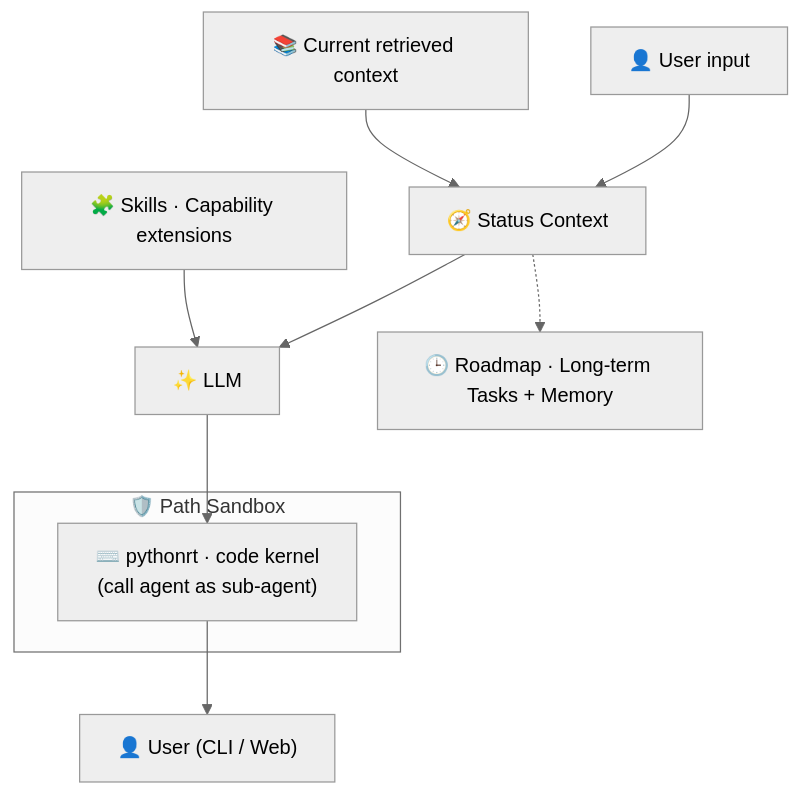
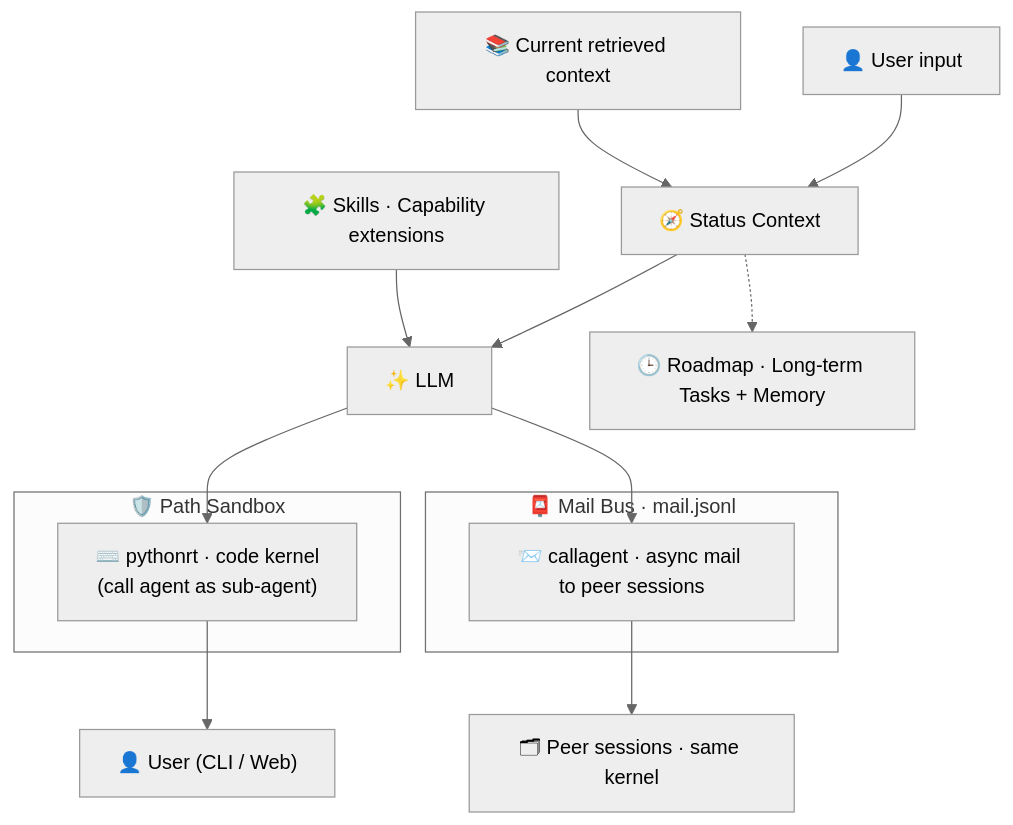
One commit to xtudbxk/XKAgent changed the first of 2 diagrams in README.md. Above: the diagram before and after it, drawn with Mermaid (neutral theme). The commit also changed other lines of this file and 28 other files, not shown here.

````diff
--- a/README.md
+++ b/README.md
@@ -72,13 +77,18 @@
 ```mermaid
 flowchart TB
     Input["👤 User input"] --> Status["🧭 Status Context"]
     RAG["📚 Current retrieved context"] --> Status
     Status --> LLM["✨ LLM"]
     Skills["🧩 Skills · Capability extensions"] --> LLM
     subgraph Sandbox["🛡️ Path Sandbox"]
         Pythonrt["⌨️ pythonrt · code kernel\n(call agent as sub-agent)"]
     end
+    subgraph Mail["📮 Mail Bus · mail.jsonl"]
+        Callagent["📨 callagent · async mail to peer sessions"]
+    end
     LLM --> Pythonrt
+    LLM --> Callagent
+    Callagent --> Peer["🗂 Peer sessions · same kernel"]
+    Pythonrt --> User["👤 User (CLI / Web)"]
     Status -.-> Future["🕒 Roadmap · Long-term Tasks + Memory"]
-    Pythonrt --> User["👤 User (CLI / Web)"]
 ```
````
